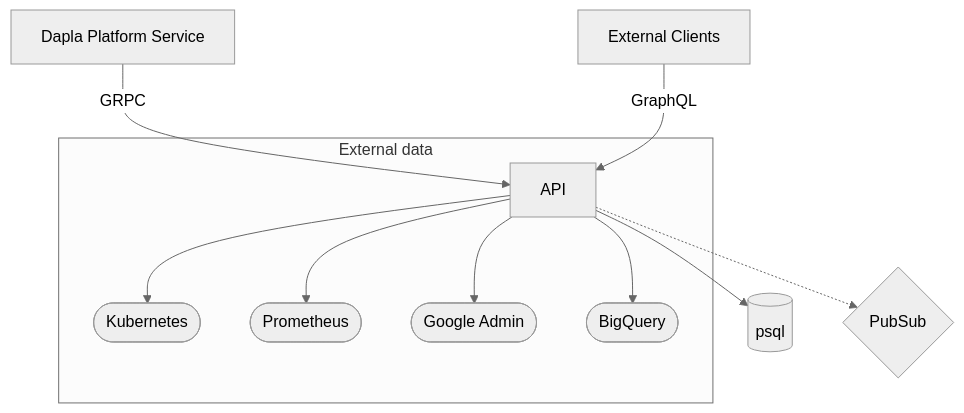
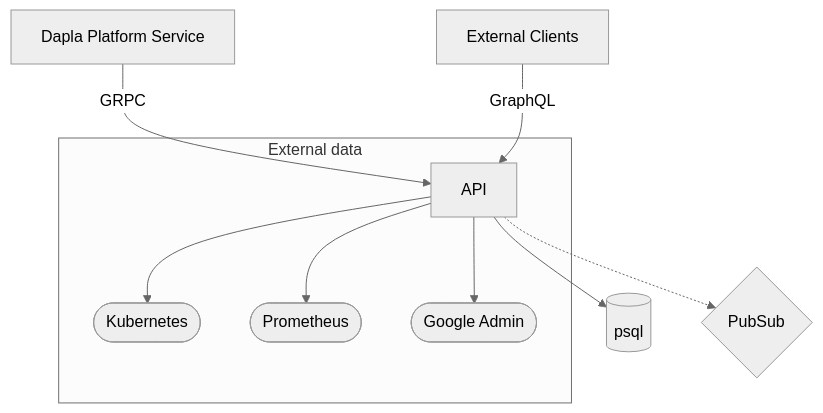
The diagram in README.md (statisticsnorway/dapla-ctrl), drawn with Mermaid (neutral theme) before and after one commit. The commit also changed other lines of this file and 35 other files, not shown here.

````diff
--- a/README.md
+++ b/README.md
@@ -57,15 +57,14 @@
 ```mermaid
 
 graph TD
   API --> Postgres[(psql)]
   Service[Dapla Platform Service] --> |GRPC|API
   Clients[External Clients] --> |GraphQL|API
   API -.-> PubSub{PubSub}
 
   subgraph ext [External data]
     API --> K8s([Kubernetes])
     API --> Prom([Prometheus])
     API --> GA([Google Admin])
-    API --> BQ([BigQuery])
   end
 ```
````
